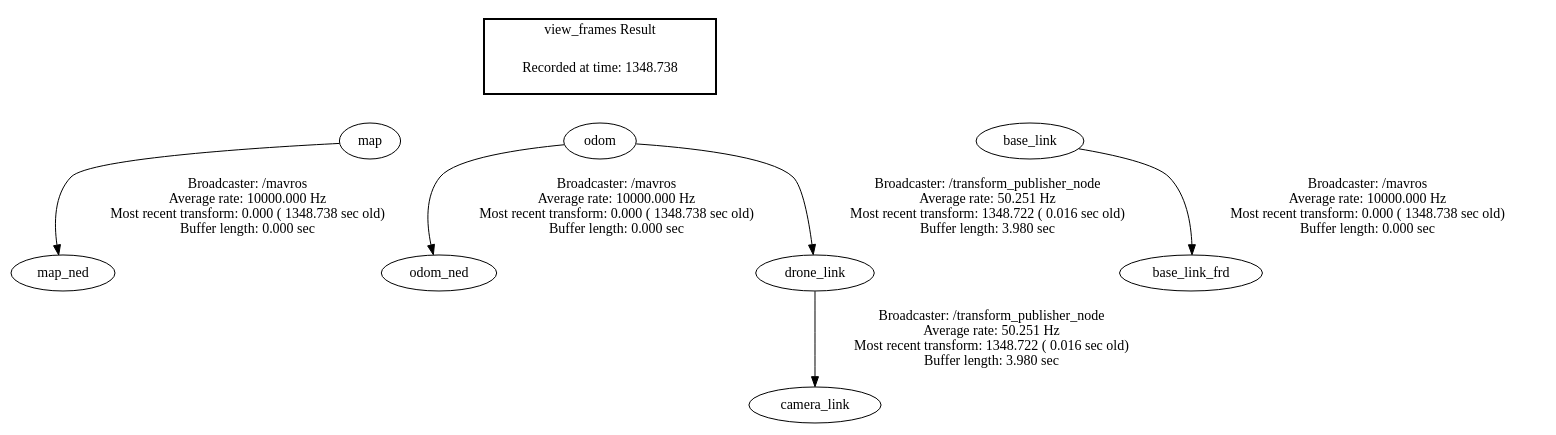
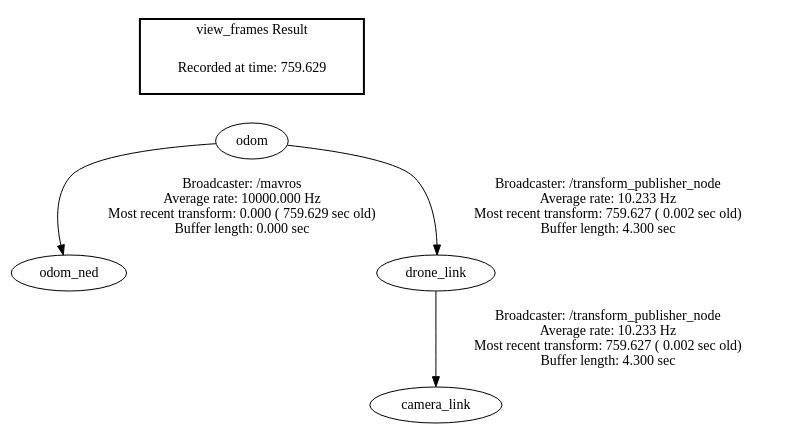
The diagram in frames.gv (Qubi0-0/avoidance-system), drawn with Graphviz before and after one commit. The commit also changed 2 other files, not shown here.

Commit message:
Update frame IDs and transform rates in frames.gv

```diff
--- a/frames.gv
+++ b/frames.gv
@@ -1,19 +1,9 @@
 digraph G {
-"map" -> "map_ned"[label="Broadcaster: /mavros\nAverage rate: 10000.000 Hz\nMost recent transform: 0.000 ( 1348.738 sec old)\nBuffer length: 0.000 sec\n"];
-"odom" -> "odom_ned"[label="Broadcaster: /mavros\nAverage rate: 10000.000 Hz\nMost recent transform: 0.000 ( 1348.738 sec old)\nBuffer length: 0.000 sec\n"];
-"base_link" -> "base_link_frd"[label="Broadcaster: /mavros\nAverage rate: 10000.000 Hz\nMost recent transform: 0.000 ( 1348.738 sec old)\nBuffer length: 0.000 sec\n"];
-"drone_link" -> "camera_link"[label="Broadcaster: /transform_publisher_node\nAverage rate: 50.251 Hz\nMost recent transform: 1348.722 ( 0.016 sec old)\nBuffer length: 3.980 sec\n"];
-"odom" -> "drone_link"[label="Broadcaster: /transform_publisher_node\nAverage rate: 50.251 Hz\nMost recent transform: 1348.722 ( 0.016 sec old)\nBuffer length: 3.980 sec\n"];
+"odom" -> "odom_ned"[label="Broadcaster: /mavros\nAverage rate: 10000.000 Hz\nMost recent transform: 0.000 ( 759.629 sec old)\nBuffer length: 0.000 sec\n"];
+"drone_link" -> "camera_link"[label="Broadcaster: /transform_publisher_node\nAverage rate: 10.233 Hz\nMost recent transform: 759.627 ( 0.002 sec old)\nBuffer length: 4.300 sec\n"];
+"odom" -> "drone_link"[label="Broadcaster: /transform_publisher_node\nAverage rate: 10.233 Hz\nMost recent transform: 759.627 ( 0.002 sec old)\nBuffer length: 4.300 sec\n"];
 edge [style=invis];
  subgraph cluster_legend { style=bold; color=black; label ="view_frames Result";
-"Recorded at time: 1348.738"[ shape=plaintext ] ;
- }->"map";
-edge [style=invis];
- subgraph cluster_legend { style=bold; color=black; label ="view_frames Result";
-"Recorded at time: 1348.738"[ shape=plaintext ] ;
+"Recorded at time: 759.629"[ shape=plaintext ] ;
  }->"odom";
-edge [style=invis];
- subgraph cluster_legend { style=bold; color=black; label ="view_frames Result";
-"Recorded at time: 1348.738"[ shape=plaintext ] ;
- }->"base_link";
 }
```
